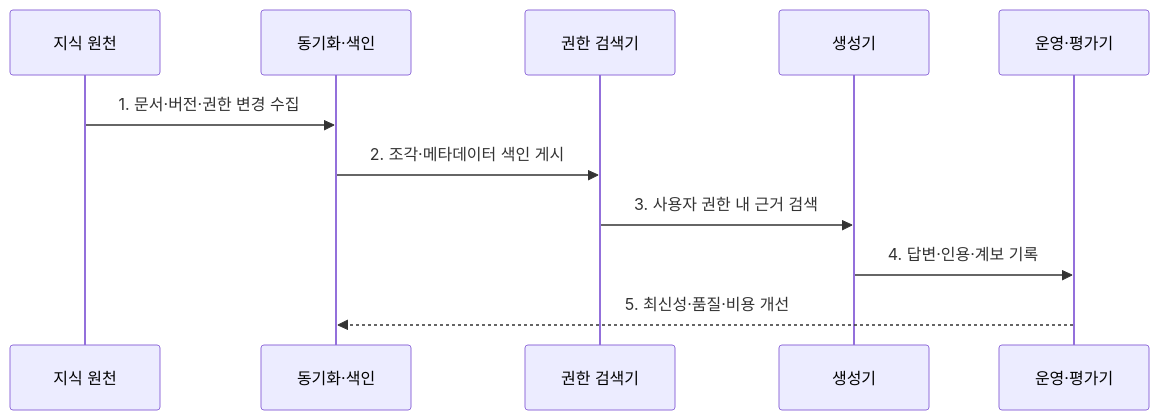
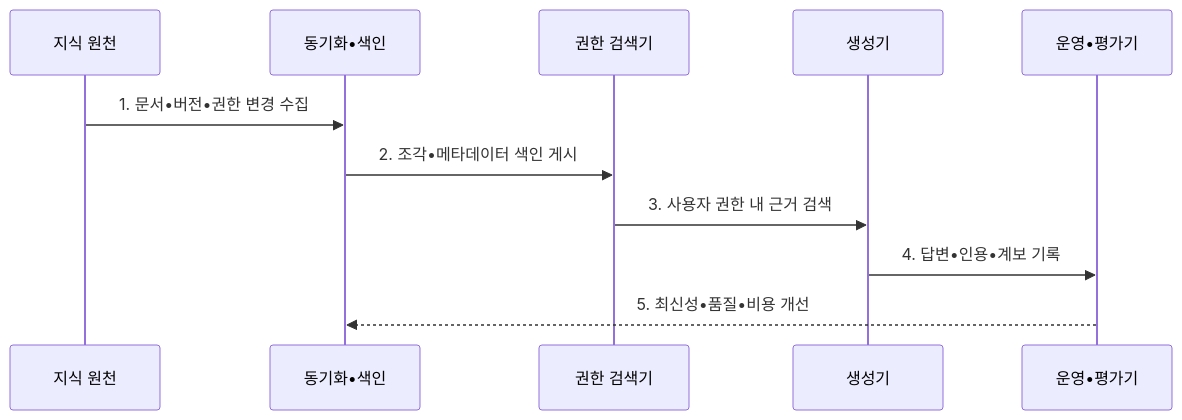
The second of 2 diagrams in src/content/docs/notes/08-latest-tech/084_enterprise_rag.md (agnusdei1207/knowledge-base), drawn with Mermaid before and after one commit. The commit also changed other lines of this file and 953 other files, not shown here.

````diff
--- a/src/content/docs/notes/08-latest-tech/084_enterprise_rag.md
+++ b/src/content/docs/notes/08-latest-tech/084_enterprise_rag.md
@@ -101,13 +101,13 @@
 ```mermaid
 sequenceDiagram
     participant S as 지식 원천
-    participant C as 동기화·색인
+    participant C as 동기화•색인
     participant R as 권한 검색기
     participant G as 생성기
-    participant O as 운영·평가기
-    S->>C: 1. 문서·버전·권한 변경 수집
-    C->>R: 2. 조각·메타데이터 색인 게시
+    participant O as 운영•평가기
+    S->>C: 1. 문서•버전•권한 변경 수집
+    C->>R: 2. 조각•메타데이터 색인 게시
     R->>G: 3. 사용자 권한 내 근거 검색
-    G->>O: 4. 답변·인용·계보 기록
-    O-->>C: 5. 최신성·품질·비용 개선
+    G->>O: 4. 답변•인용•계보 기록
+    O-->>C: 5. 최신성•품질•비용 개선
 ```
````
